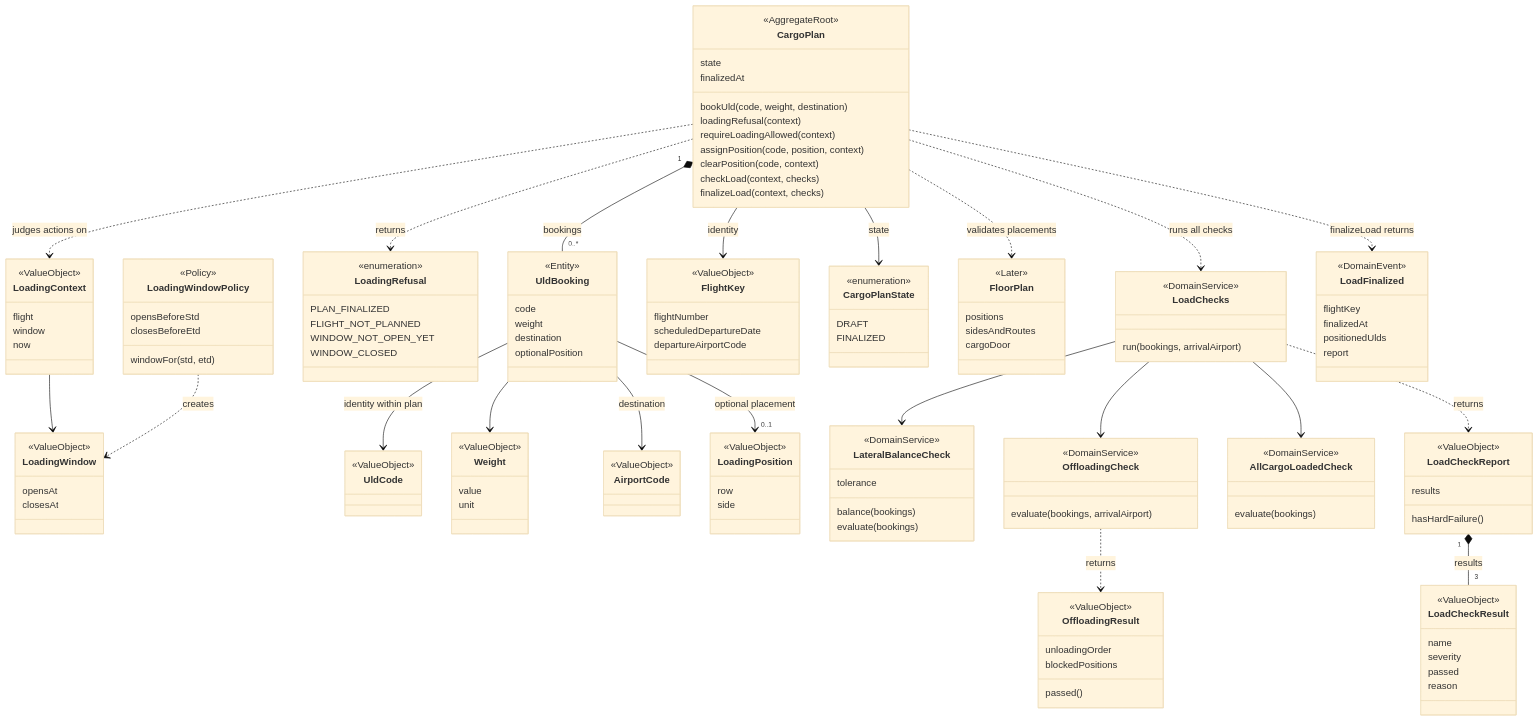
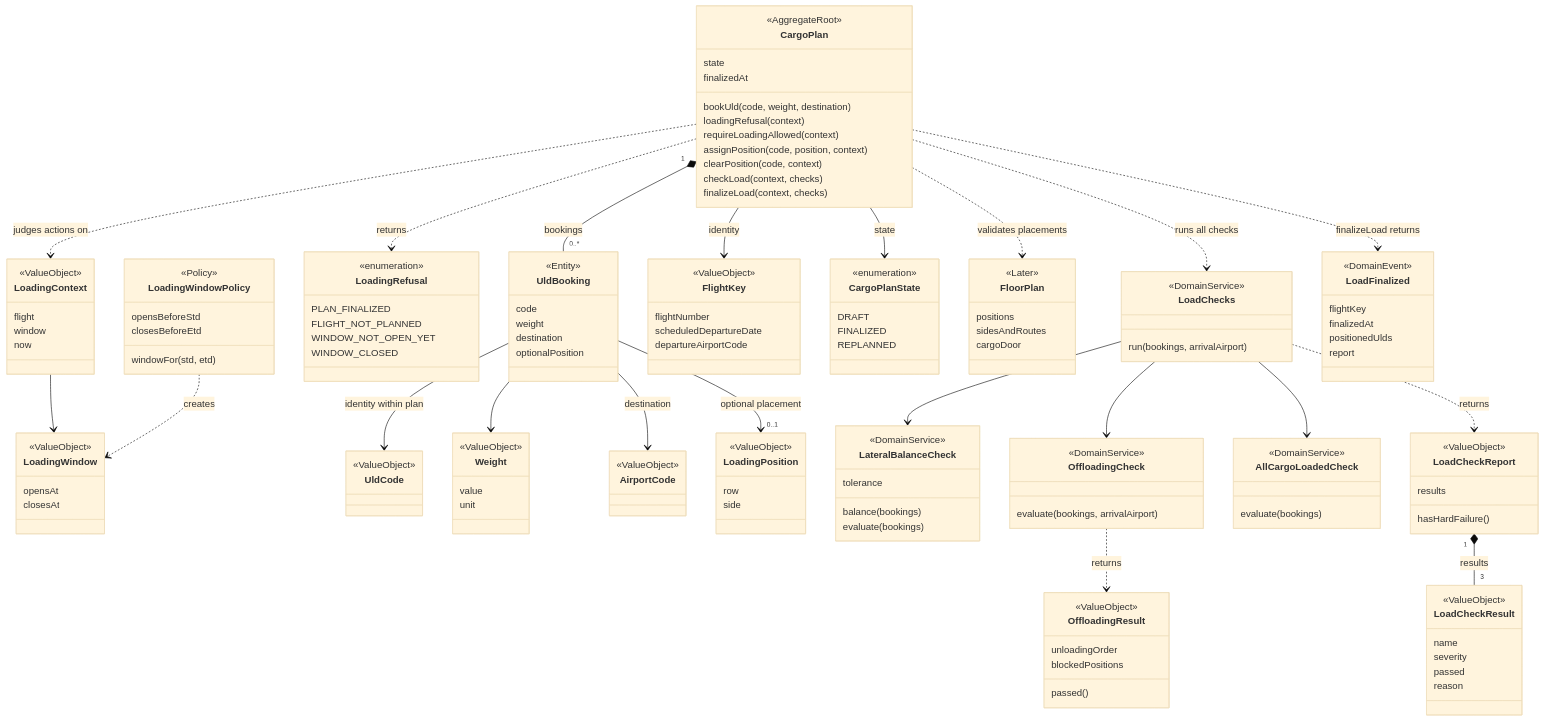
The fourth of 9 diagrams in architecture/analyse.md (ebhd/air-freight-operations), drawn with Mermaid (base theme) before and after one commit. The commit also changed other lines of this file and 1 other file, not shown here.

```diff
--- a/architecture/analyse.md
+++ b/architecture/analyse.md
@@ -228,6 +235,7 @@
         <<enumeration>>
         DRAFT
         FINALIZED
+        REPLANNED
     }
     class FloorPlan {
         <<Later>>
```
